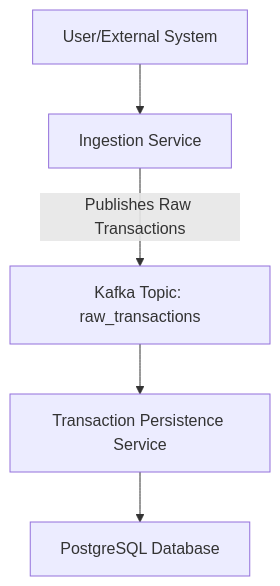
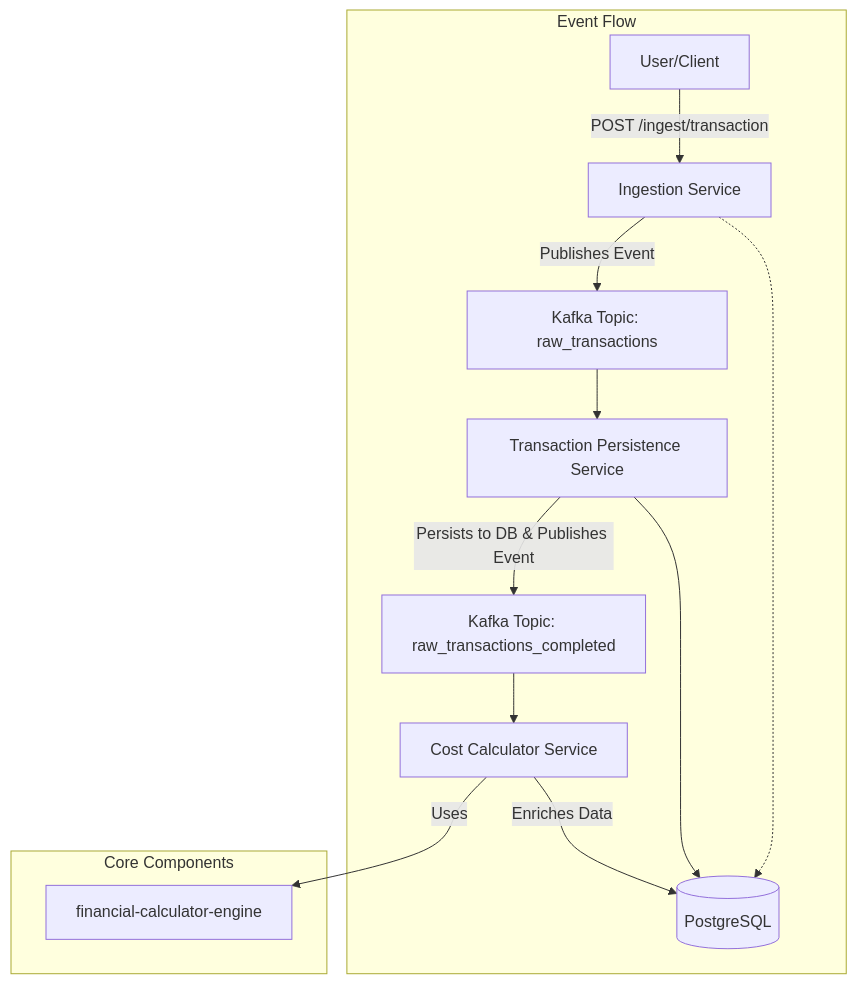
Before and after one commit to sgajbi/portfolio-analytics-system: the diagram in README.md, drawn with Mermaid. The commit also changed other lines of this file and 1 other file, not shown here.

First line of the commit message:
fix(kafka): Handle date serialization in producer

`````diff
--- a/README.md
+++ b/README.md
@@ -38,7 +34,17 @@
 ```mermaid
 graph TD
-    User[User/External System] --> IngestionService[Ingestion Service]
-    IngestionService -- Publishes Raw Transactions --> Kafka[Kafka Topic: raw_transactions]
-    Kafka --> TransactionPersistenceService[Transaction Persistence Service]
-    TransactionPersistenceService --> PostgreSQL[PostgreSQL Database]
+    subgraph "Event Flow"
+        User[User/Client] -- POST /ingest/transaction --> IngestionService[Ingestion Service];
+        IngestionService -- Publishes Event --> KafkaRaw[Kafka Topic: raw_transactions];
+        KafkaRaw --> PersistenceService[Transaction Persistence Service];
+        PersistenceService -- Persists to DB & Publishes Event --> KafkaCompleted[Kafka Topic: raw_transactions_completed];
+        KafkaCompleted --> CostCalculator[Cost Calculator Service];
+        CostCalculator -- Enriches Data --> DB[(PostgreSQL)];
+    end
+
+    subgraph "Core Components"
+        CostCalculator -- Uses --> EngineLib[financial-calculator-engine];
+        PersistenceService --> DB;
+        IngestionService -.-> DB;
+    end
 ````
`````
